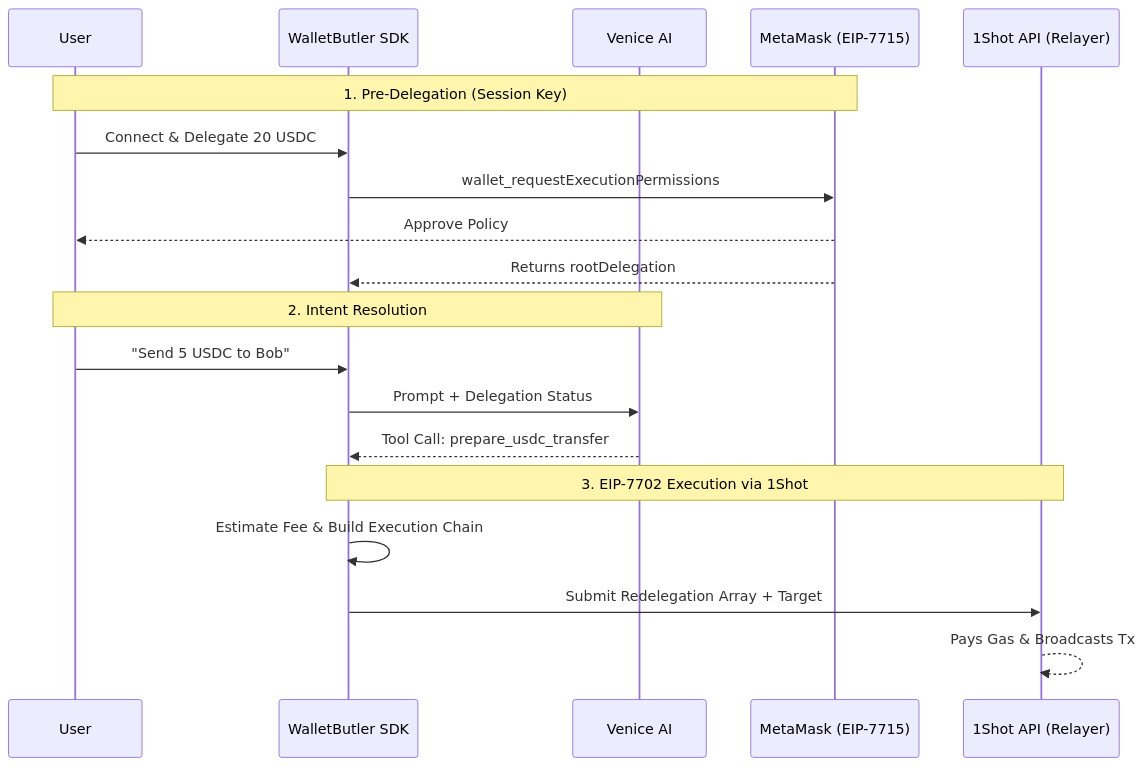
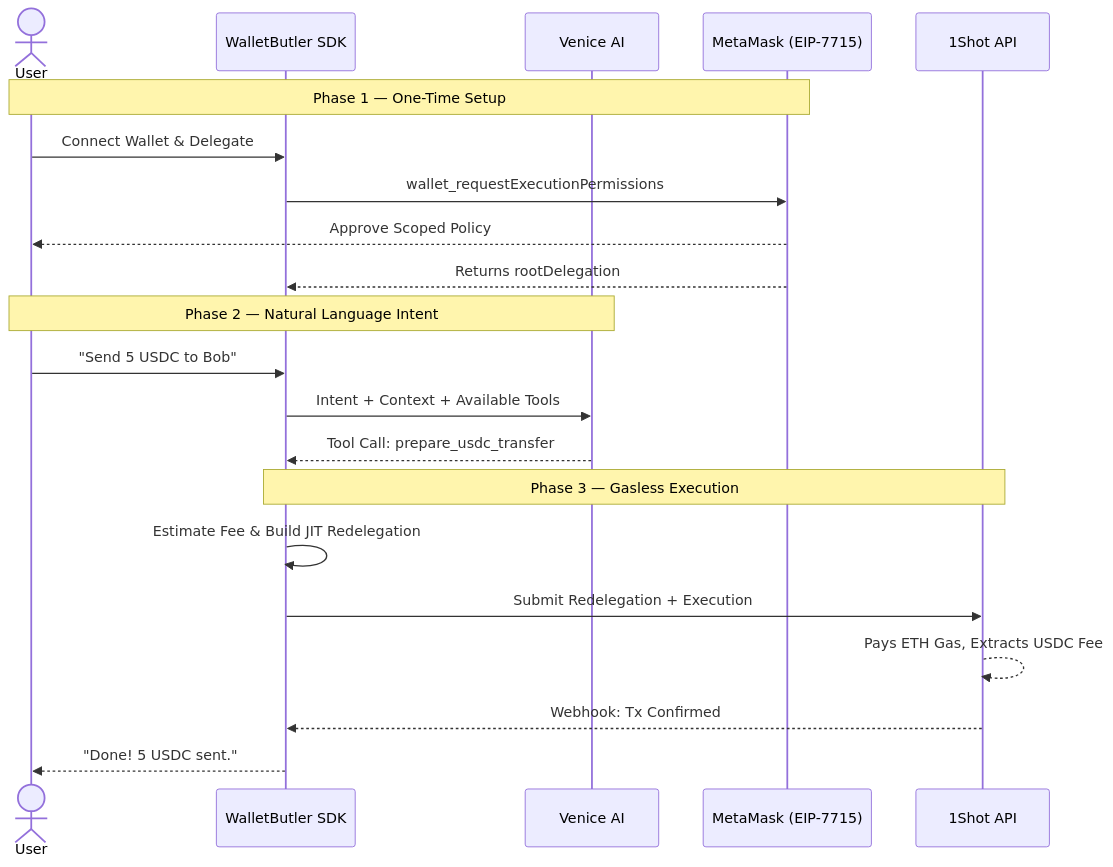
One commit to JaDi03/walletbutler-sdk changed the first of 3 diagrams in README.md. Above: the diagram before and after it, drawn with Mermaid. The commit also changed other lines of this file and 1 other file, not shown here.

````diff
--- a/README.md
+++ b/README.md
@@ -32,27 +77,26 @@
 ```mermaid
 sequenceDiagram
-    participant User
+    actor User
     participant SDK as WalletButler SDK
     participant AI as Venice AI
     participant MetaMask as MetaMask (EIP-7715)
-    participant Relayer as 1Shot API (Relayer)
+    participant Relayer as 1Shot API
 
-    %% Session Key Generation
-    Note over User,MetaMask: 1. Pre-Delegation (Session Key)
-    User->>SDK: Connect & Delegate 20 USDC
+    Note over User,MetaMask: Phase 1 — One-Time Setup
+    User->>SDK: Connect Wallet & Delegate
     SDK->>MetaMask: wallet_requestExecutionPermissions
-    MetaMask-->>User: Approve Policy
+    MetaMask-->>User: Approve Scoped Policy
     MetaMask-->>SDK: Returns rootDelegation
-    
-    %% Intent Generation
-    Note over User,AI: 2. Intent Resolution
+
+    Note over User,AI: Phase 2 — Natural Language Intent
     User->>SDK: "Send 5 USDC to Bob"
-    SDK->>AI: Prompt + Delegation Status
+    SDK->>AI: Intent + Context + Available Tools
     AI-->>SDK: Tool Call: prepare_usdc_transfer
-    
-    %% Execution
-    Note over SDK,Relayer: 3. EIP-7702 Execution via 1Shot
-    SDK->>SDK: Estimate Fee & Build Execution Chain
-    SDK->>Relayer: Submit Redelegation Array + Target
-    Relayer-->>Relayer: Pays Gas & Broadcasts Tx
+
+    Note over SDK,Relayer: Phase 3 — Gasless Execution
+    SDK->>SDK: Estimate Fee & Build JIT Redelegation
+    SDK->>Relayer: Submit Redelegation + Execution
+    Relayer-->>Relayer: Pays ETH Gas, Extracts USDC Fee
+    Relayer-->>SDK: Webhook: Tx Confirmed
+    SDK-->>User: "Done! 5 USDC sent."
 ```
````
